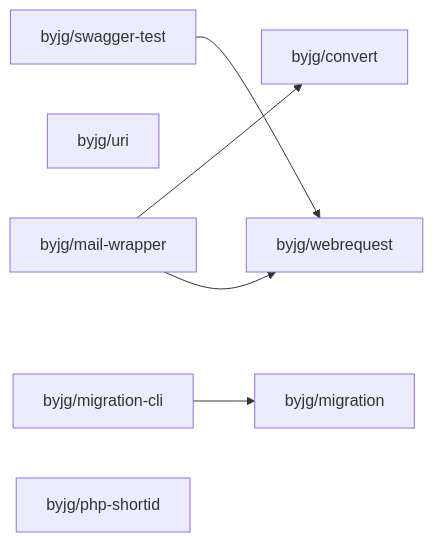
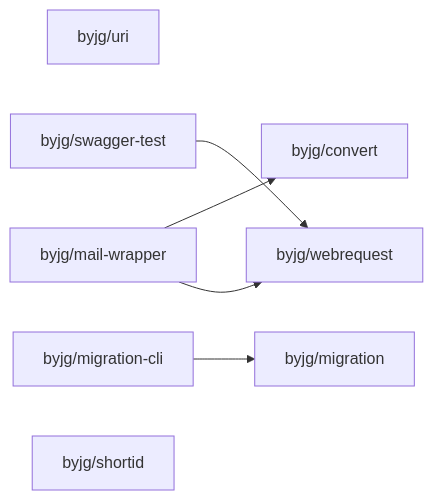
Before and after one commit to byjg/byjg.github.io: the diagram in php/README.md, drawn with Mermaid. The commit also changed 1 other file, not shown here.

Commit message:
Update documentation 'php' 'php-shortid'

````diff
--- a/php/README.md
+++ b/php/README.md
@@ -3,15 +3,15 @@
 ```mermaid
 graph LR;
+  byjg/uri;
   byjg/swagger-test;
-  byjg/uri;
   byjg/migration-cli;
   byjg/mail-wrapper;
-  byjg/php-shortid;
+  byjg/shortid;
   byjg/migration;
   byjg/convert;
   byjg/webrequest;
   byjg/mail-wrapper --> byjg/convert;
   byjg/mail-wrapper --> byjg/webrequest;
   byjg/swagger-test --> byjg/webrequest;
   byjg/migration-cli --> byjg/migration;
 ```
````
